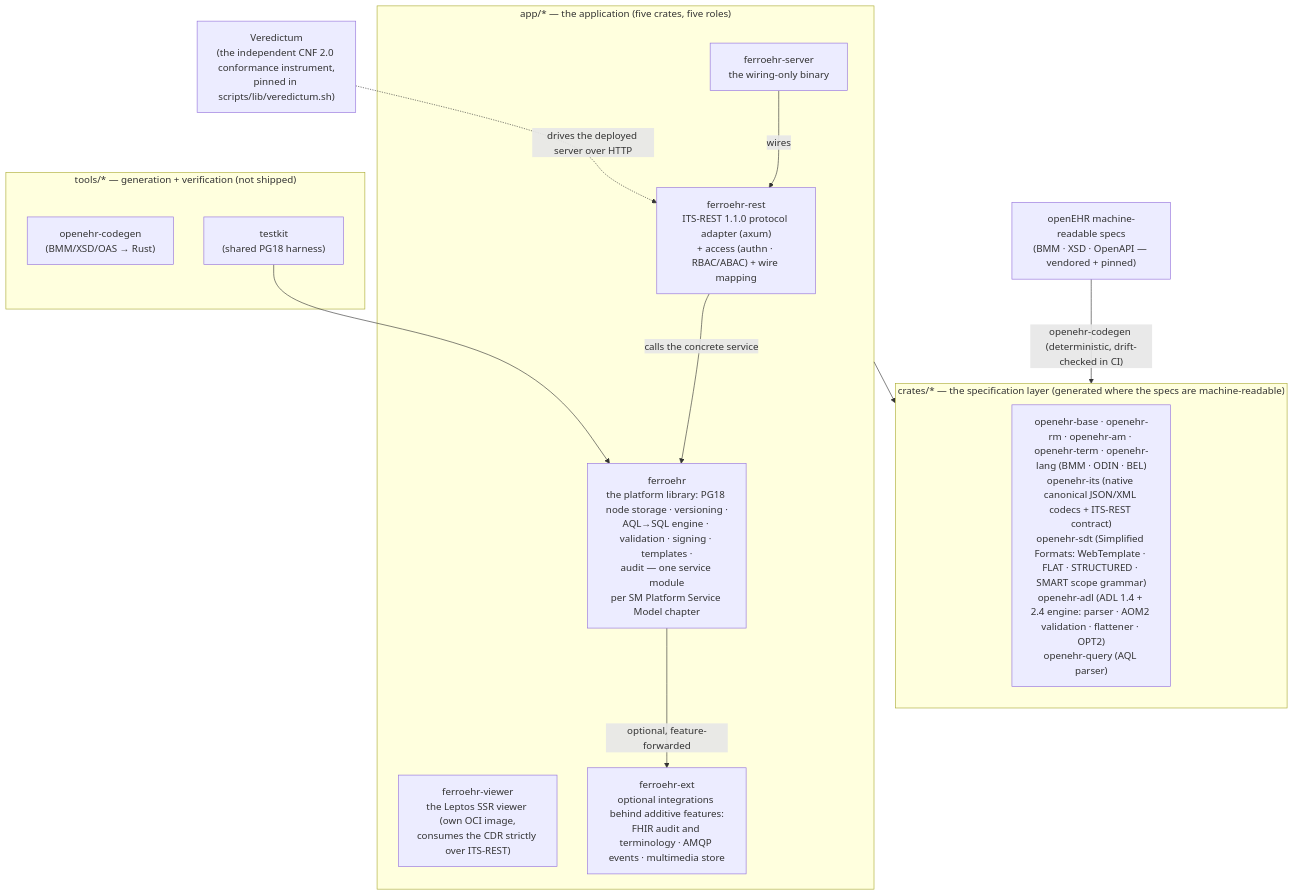
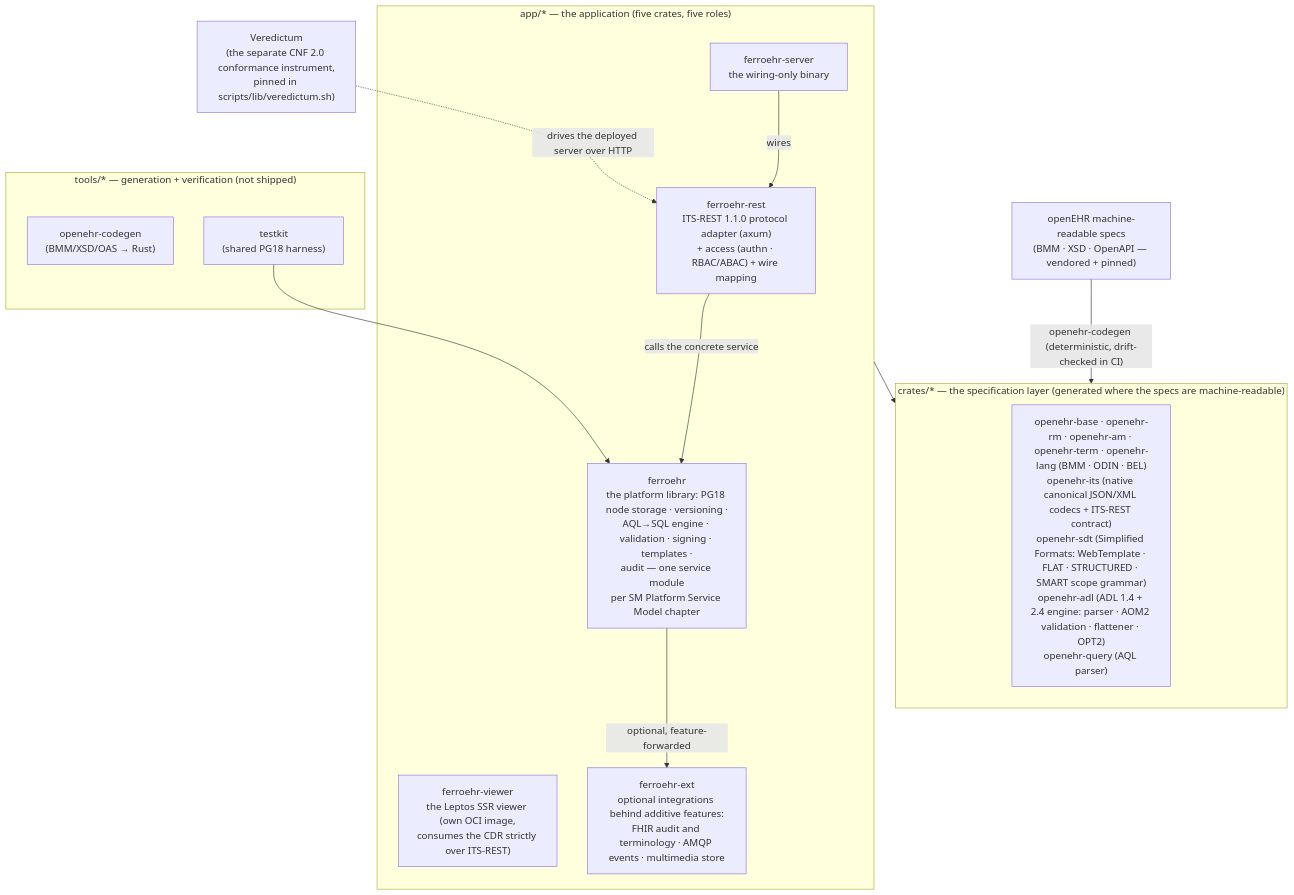
The diagram in README.md (FerroHEALTH/FerroEHR), drawn with Mermaid before and after one commit. The commit also changed other lines of this file and 576 other files, not shown here.

````diff
--- a/README.md
+++ b/README.md
@@ -404,31 +405,31 @@
 ```mermaid
 flowchart TB
     specs["openEHR machine-readable specs<br/>(BMM · XSD · OpenAPI — vendored + pinned)"]
 
     subgraph crates ["crates/* — the specification layer (generated where the specs are machine-readable)"]
         openehr["openehr-base · openehr-rm · openehr-am · openehr-term · openehr-lang (BMM · ODIN · BEL)<br/>openehr-its (native canonical JSON/XML codecs + ITS-REST contract)<br/>openehr-sdt (Simplified Formats: WebTemplate · FLAT · STRUCTURED · SMART scope grammar)<br/>openehr-adl (ADL 1.4 + 2.4 engine: parser · AOM2 validation · flattener · OPT2)<br/>openehr-query (AQL parser)"]
     end
 
     subgraph app ["app/* — the application (five crates, five roles)"]
         rest["ferroehr-rest<br/>ITS-REST 1.1.0 protocol adapter (axum)<br/>+ access (authn · RBAC/ABAC) + wire mapping"]
         core["ferroehr<br/>the platform library: PG18 node storage · versioning ·<br/>AQL→SQL engine · validation · signing · templates ·<br/>audit — one service module<br/>per SM Platform Service Model chapter"]
         bin["ferroehr-server<br/>the wiring-only binary"]
         viewer["ferroehr-viewer<br/>the Leptos SSR viewer (own OCI image,<br/>consumes the CDR strictly over ITS-REST)"]
         ext["ferroehr-ext<br/>optional integrations behind additive features:<br/>FHIR audit and terminology · AMQP events · multimedia store"]
     end
 
     subgraph tools ["tools/* — generation + verification (not shipped)"]
         codegen["openehr-codegen<br/>(BMM/XSD/OAS → Rust)"]
         testkit["testkit<br/>(shared PG18 harness)"]
     end
 
-    conf["Veredictum<br/>(the independent CNF 2.0 conformance instrument,<br/>pinned in scripts/lib/veredictum.sh)"]
+    conf["Veredictum<br/>(the separate CNF 2.0 conformance instrument,<br/>pinned in scripts/lib/veredictum.sh)"]
 
     specs -- "openehr-codegen (deterministic, drift-checked in CI)" --> crates
     bin -- "wires" --> rest
     rest -- "calls the concrete service" --> core
     core -- "optional, feature-forwarded" --> ext
     app --> crates
     conf -. "drives the deployed server over HTTP" .-> rest
     testkit --> core
 ```
````
